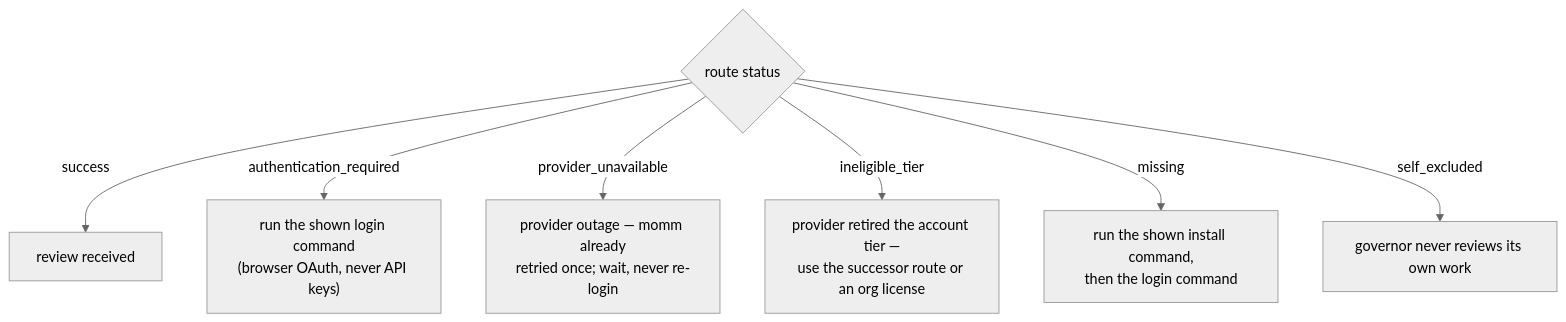
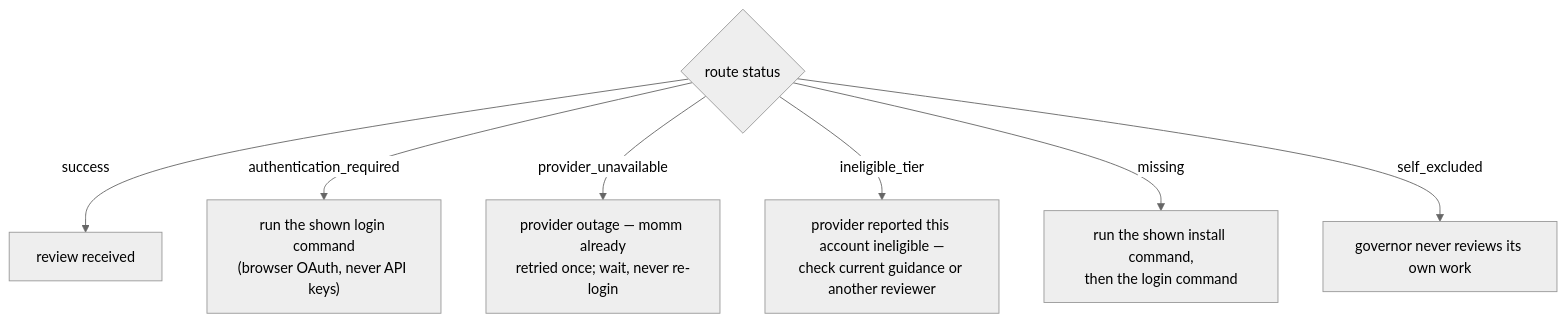
The second of 2 diagrams in README.md (marroccofella/skills), drawn with Mermaid (neutral theme) before and after one commit. The commit also changed other lines of this file and 22 other files, not shown here.

````diff
--- a/README.md
+++ b/README.md
@@ -73,9 +79,9 @@
 ```mermaid
 flowchart TD
     S{"route status"} -->|success| OK["review received"]
     S -->|authentication_required| L["run the shown login command<br/>(browser OAuth, never API keys)"]
     S -->|provider_unavailable| W["provider outage — momm already<br/>retried once; wait, never re-login"]
-    S -->|ineligible_tier| T["provider retired the account tier —<br/>use the successor route or an org license"]
+    S -->|ineligible_tier| T["provider reported this account ineligible —<br/>check current guidance or another reviewer"]
     S -->|missing| M["run the shown install command,<br/>then the login command"]
     S -->|self_excluded| X["governor never reviews its own work"]
 ```
````
